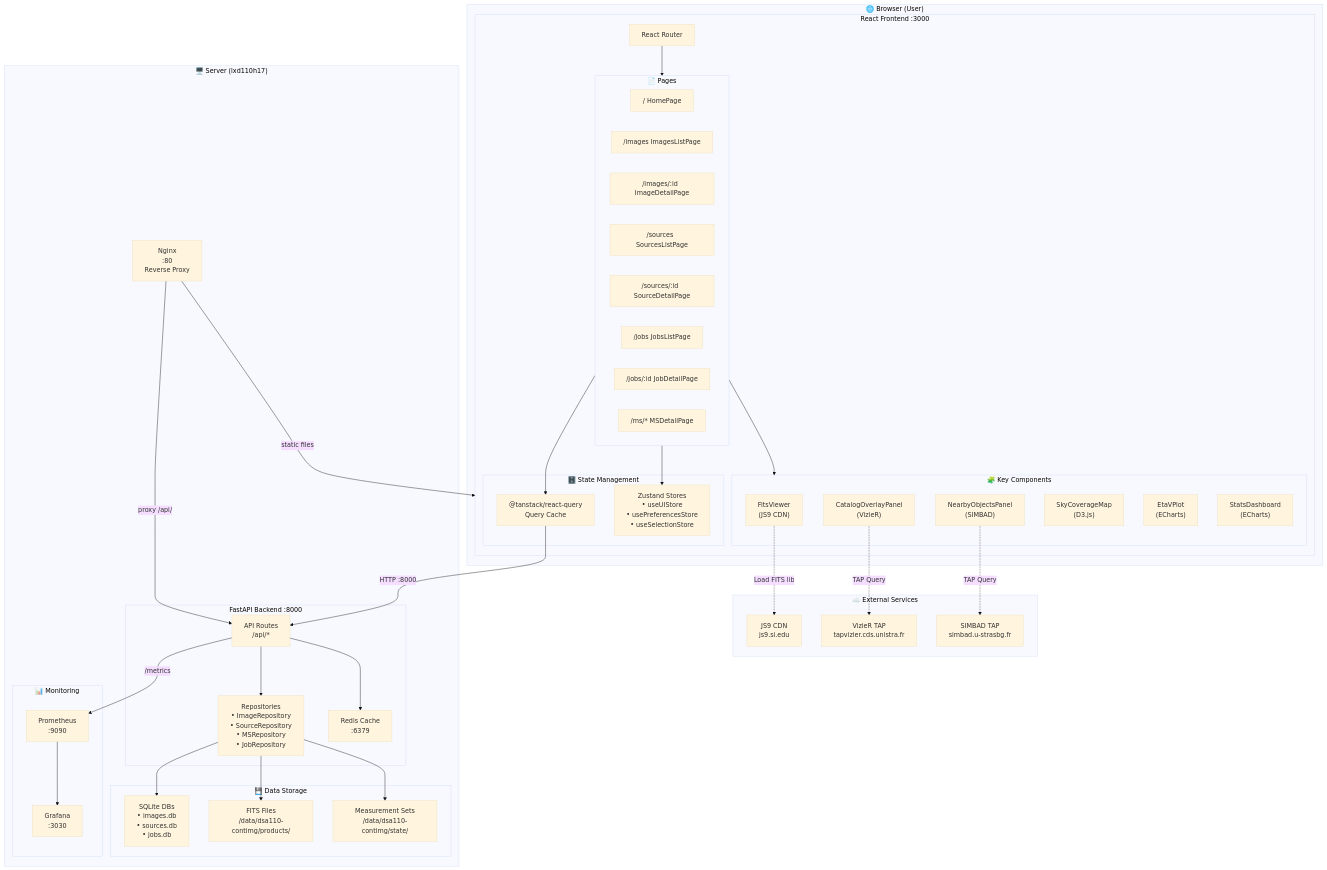
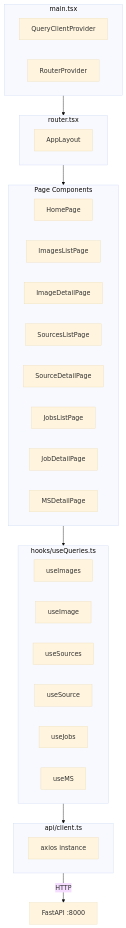
One commit to dsa110/dsa110-contimg changed the second of 8 diagrams in frontend/docs/ARCHITECTURE.md. Above: the diagram before and after it, drawn with Mermaid (base theme). The commit also changed other lines of this file and 1 other file, not shown here.

Commit message:
fix: update API proxy target to point to FastAPI backend at port 8000

````diff
--- a/frontend/docs/ARCHITECTURE.md
+++ b/frontend/docs/ARCHITECTURE.md
@@ -5,87 +43,40 @@
 ```mermaid
 flowchart TB
-    subgraph Browser["🌐 Browser (User)"]
-        subgraph Frontend["React Frontend :3000"]
-            Router[React Router]
-            
-            subgraph Pages["📄 Pages"]
-                HP["/  HomePage"]
-                ILP["/images  ImagesListPage"]
-                IDP["/images/:id  ImageDetailPage"]
-                SLP["/sources  SourcesListPage"]
-                SDP["/sources/:id  SourceDetailPage"]
-                JLP["/jobs  JobsListPage"]
-                JDP["/jobs/:id  JobDetailPage"]
-                MDP["/ms/*  MSDetailPage"]
-            end
-            
-            subgraph State["🗄️ State Management"]
-                RQ["@tanstack/react-query<br/>Query Cache"]
-                ZS["Zustand Stores<br/>• useUIStore<br/>• usePreferencesStore<br/>• useSelectionStore"]
-            end
-            
-            subgraph Components["🧩 Key Components"]
-                FV["FitsViewer<br/>(JS9 CDN)"]
-                CO["CatalogOverlayPanel<br/>(VizieR)"]
-                NO["NearbyObjectsPanel<br/>(SIMBAD)"]
-                SC["SkyCoverageMap<br/>(D3.js)"]
-                EV["EtaVPlot<br/>(ECharts)"]
-                SD["StatsDashboard<br/>(ECharts)"]
-            end
-        end
+    subgraph App["main.tsx"]
+        QCP["QueryClientProvider"]
+        RP["RouterProvider"]
     end
-    
-    subgraph External["☁️ External Services"]
-        JS9["JS9 CDN<br/>js9.si.edu"]
-        VZ["VizieR TAP<br/>tapvizier.cds.unistra.fr"]
-        SB["SIMBAD TAP<br/>simbad.u-strasbg.fr"]
+
+    subgraph Router["router.tsx"]
+        AL["AppLayout"]
     end
-    
-    subgraph Server["🖥️ Server (lxd110h17)"]
-        subgraph API["FastAPI Backend :8000"]
-            Routes["API Routes<br/>/api/*"]
-            Repos["Repositories<br/>• ImageRepository<br/>• SourceRepository<br/>• MSRepository<br/>• JobRepository"]
-            Cache["Redis Cache<br/>:6379"]
-        end
-        
-        subgraph Data["💾 Data Storage"]
-            SQLite["SQLite DBs<br/>• images.db<br/>• sources.db<br/>• jobs.db"]
-            FITS["FITS Files<br/>/data/dsa110-contimg/products/"]
-            MS["Measurement Sets<br/>/data/dsa110-contimg/state/"]
-        end
-        
-        subgraph Monitor["📊 Monitoring"]
-            Prom["Prometheus<br/>:9090"]
-            Graf["Grafana<br/>:3030"]
-        end
-        
-        NGINX["Nginx<br/>:80<br/>Reverse Proxy"]
+
+    subgraph Pages["Page Components"]
+        HP["HomePage"]
+        ILP["ImagesListPage"]
+        IDP["ImageDetailPage"]
+        SLP["SourcesListPage"]
+        SDP["SourceDetailPage"]
+        JLP["JobsListPage"]
+        JDP["JobDetailPage"]
+        MDP["MSDetailPage"]
     end
-    
-    %% Frontend connections
-    Router --> Pages
-    Pages --> RQ
-    Pages --> ZS
-    Pages --> Components
-    
-    %% External service connections
-    FV -.->|"Load FITS lib"| JS9
-    CO -.->|"TAP Query"| VZ
-    NO -.->|"TAP Query"| SB
-    
-    %% API connections  
-    RQ -->|"HTTP :8000"| Routes
-    Routes --> Repos
-    Repos --> SQLite
-    Repos --> FITS
-    Repos --> MS
-    Routes --> Cache
-    
-    %% Monitoring
-    Routes -->|"/metrics"| Prom
-    Prom --> Graf
-    
-    %% Production proxy
-    NGINX -->|"proxy /api/"| Routes
-    NGINX -->|"static files"| Frontend
+
+    subgraph Hooks["hooks/useQueries.ts"]
+        uI["useImages"]
+        uImg["useImage"]
+        uS["useSources"]
+        uSrc["useSource"]
+        uJ["useJobs"]
+        uMS["useMS"]
+    end
+
+    subgraph ApiClient["api/client.ts"]
+        Axios["axios instance"]
+    end
+
+    App --> Router --> Pages
+    Pages --> Hooks
+    Hooks --> ApiClient
+    ApiClient -->|"HTTP"| Backend["FastAPI :8000"]
 ```
````
